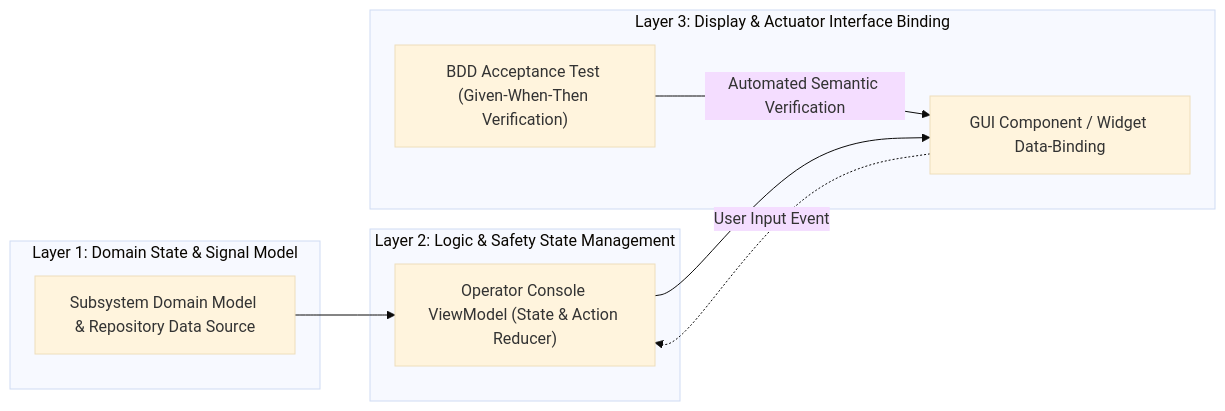
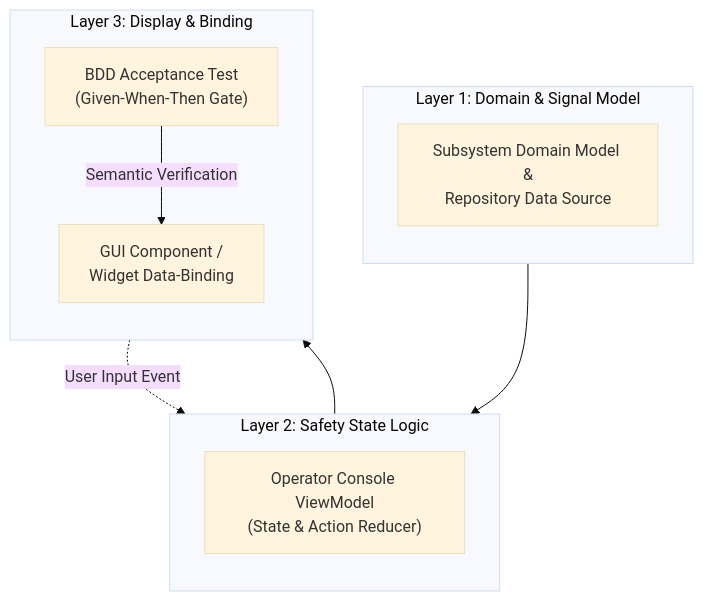
Before and after one commit to gintatkinson/DEAP01-spec-core: the fifth of 6 diagrams in docs/architecture/blueprints/SAFETY_CRITICAL_REALTIME_UI_FRAMEWORK.md, drawn with Mermaid (base theme). The commit also changed other lines of this file and 28 other files, not shown here.

````diff
--- a/docs/architecture/blueprints/SAFETY_CRITICAL_REALTIME_UI_FRAMEWORK.md
+++ b/docs/architecture/blueprints/SAFETY_CRITICAL_REALTIME_UI_FRAMEWORK.md
@@ -168,20 +176,23 @@
 ```mermaid
-flowchart LR
-    subgraph L1 ["Layer 1: Domain State & Signal Model"]
-        DomainModel["Subsystem Domain Model & Repository Data Source"]
+flowchart TD
+    subgraph L1 ["Layer 1: Domain & Signal Model"]
+        direction TB
+        DomainModel["Subsystem Domain Model &<br/>Repository Data Source"]
     end
 
-    subgraph L2 ["Layer 2: Logic & Safety State Management"]
-        ViewModel["Operator Console ViewModel (State & Action Reducer)"]
+    subgraph L2 ["Layer 2: Safety State Logic"]
+        direction TB
+        ViewModel["Operator Console ViewModel<br/>(State & Action Reducer)"]
     end
 
-    subgraph L3 ["Layer 3: Display & Actuator Interface Binding"]
-        GUIWidget["GUI Component / Widget Data-Binding"]
-        BDDTest["BDD Acceptance Test (Given-When-Then Verification)"]
+    subgraph L3 ["Layer 3: Display & Binding"]
+        direction TB
+        GUIWidget["GUI Component /<br/>Widget Data-Binding"]
+        BDDTest["BDD Acceptance Test<br/>(Given-When-Then Gate)"]
     end
 
     DomainModel --> ViewModel
     ViewModel --> GUIWidget
     GUIWidget -. "User Input Event" .-> ViewModel
-    BDDTest -- "Automated Semantic Verification" --> GUIWidget
+    BDDTest -- "Semantic Verification" --> GUIWidget
 ```
````
